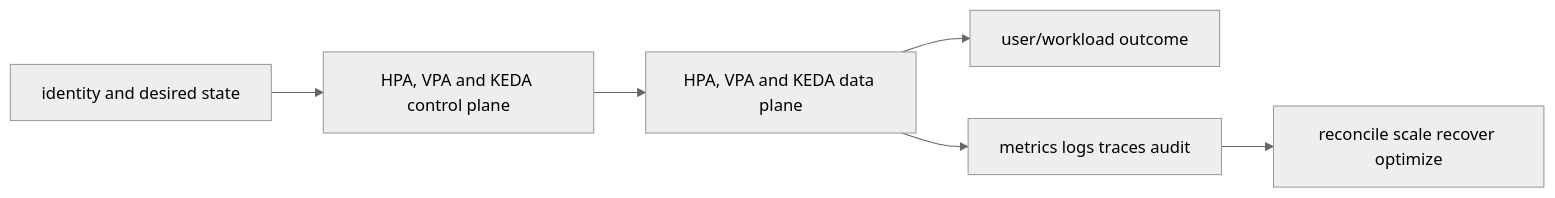
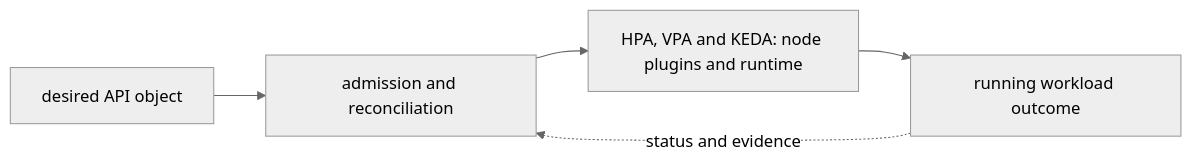
The diagram in 06-kubernetes/06-scheduling-autoscaling/03-hpa-vpa-keda/README.md (tomkidumbuyo/DevOps-interview-preparation), drawn with Mermaid (neutral theme) before and after one commit. The commit also changed other lines of this file and 753 other files, not shown here.

````diff
--- a/06-kubernetes/06-scheduling-autoscaling/03-hpa-vpa-keda/README.md
+++ b/06-kubernetes/06-scheduling-autoscaling/03-hpa-vpa-keda/README.md
@@ -19,8 +31,7 @@
 ```mermaid
 flowchart LR
-  I[identity and desired state] --> C[HPA, VPA and KEDA control plane]
-  C --> D[HPA, VPA and KEDA data plane]
-  D --> U[user/workload outcome]
-  D --> O[metrics logs traces audit]
-  O --> R[reconcile scale recover optimize]
+  A["desired API object"] --> B["admission and reconciliation"]
+  B --> C["HPA, VPA and KEDA: node plugins and runtime"]
+  C --> D["running workload outcome"]
+  D -. "status and evidence" .-> B
 ```
````
